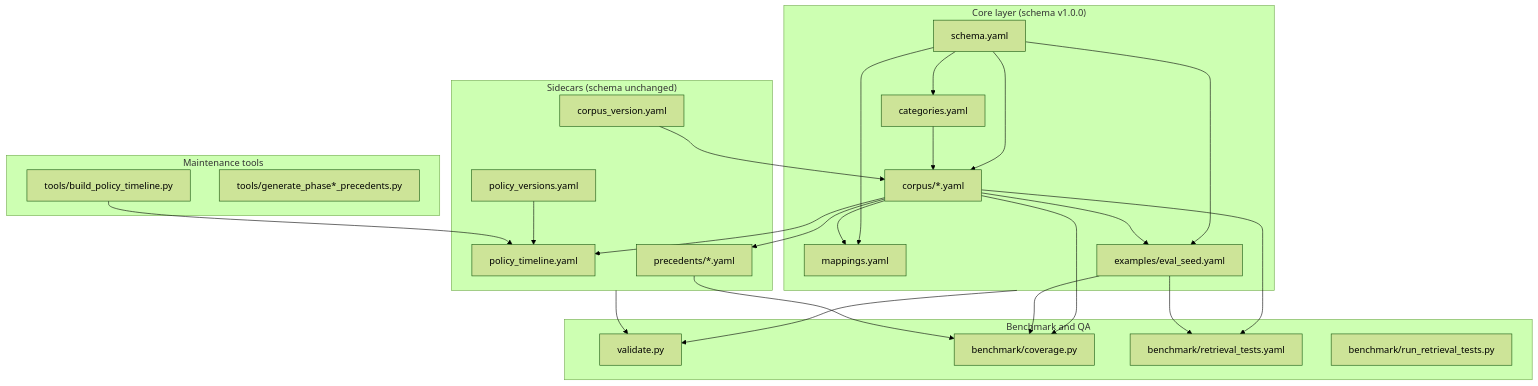
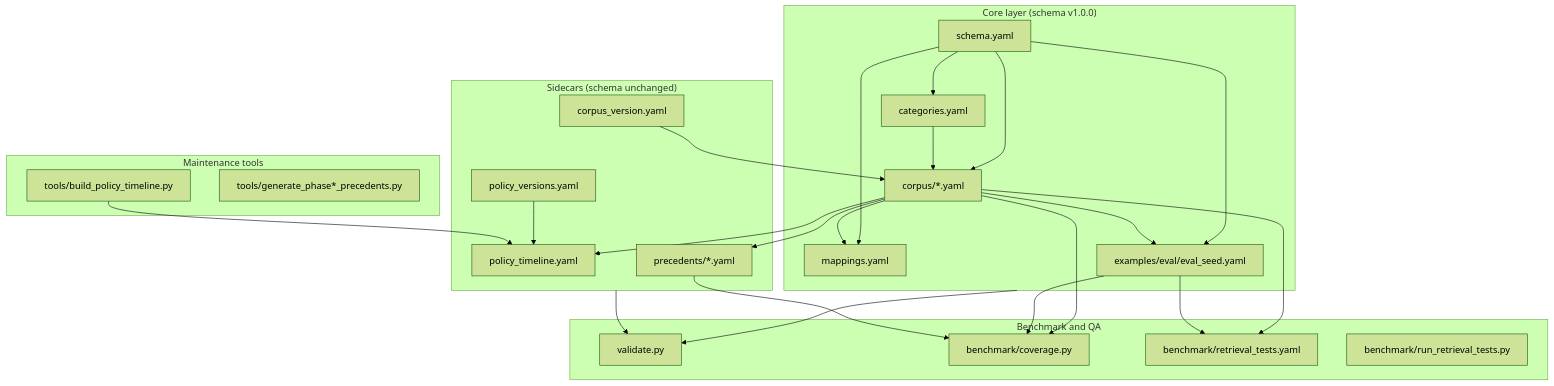
The second of 7 diagrams in ontology/ONTOLOGY_MAP.md (gramticsportal/zetaone), drawn with Mermaid (forest theme) before and after one commit. The commit also changed other lines of this file and 52 other files, not shown here.

````diff
--- a/ontology/ONTOLOGY_MAP.md
+++ b/ontology/ONTOLOGY_MAP.md
@@ -66,49 +66,49 @@
 ```mermaid
 flowchart TB
   subgraph CORE["Core layer (schema v1.0.0)"]
     SCH["schema.yaml"]
     CAT["categories.yaml"]
     CORP["corpus/*.yaml"]
     MAP["mappings.yaml"]
-    EVAL["examples/eval_seed.yaml"]
+    EVAL["examples/eval/eval_seed.yaml"]
   end
 
   subgraph SIDECARS["Sidecars (schema unchanged)"]
     CV["corpus_version.yaml"]
     PV["policy_versions.yaml"]
     PT["policy_timeline.yaml"]
     PREC["precedents/*.yaml"]
   end
 
   subgraph BENCH["Benchmark and QA"]
     VAL["validate.py"]
     COV["benchmark/coverage.py"]
     RT["benchmark/retrieval_tests.yaml"]
     RUN["benchmark/run_retrieval_tests.py"]
   end
 
   subgraph TOOLS["Maintenance tools"]
     TL["tools/build_policy_timeline.py"]
     GEN["tools/generate_phase*_precedents.py"]
   end
 
   SCH --> CAT
   SCH --> CORP
   SCH --> MAP
   SCH --> EVAL
   CAT --> CORP
   CORP --> MAP
   CORP --> EVAL
   CORP --> PREC
   CORP --> PT
   PV --> PT
   CV --> CORP
   CORE --> VAL
   SIDECARS --> VAL
   CORP --> COV
   EVAL --> COV
   PREC --> COV
   CORP --> RT
   EVAL --> RT
   TL --> PT
 ```
````
